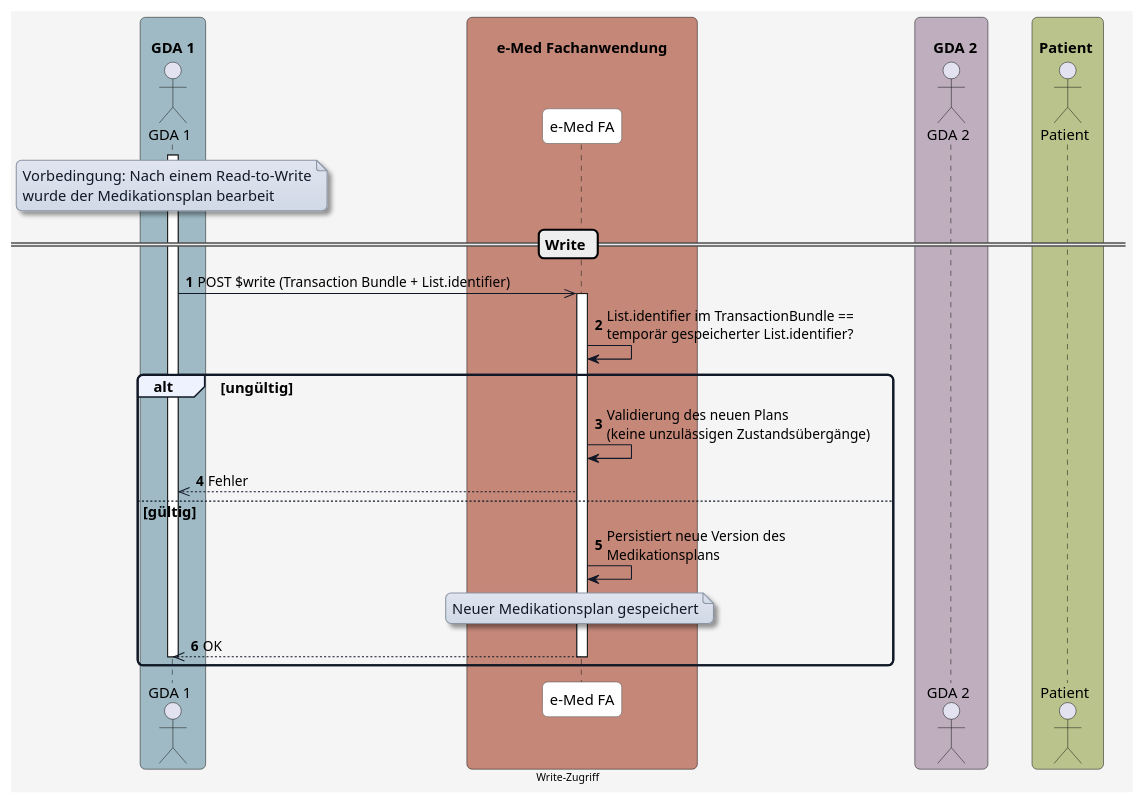
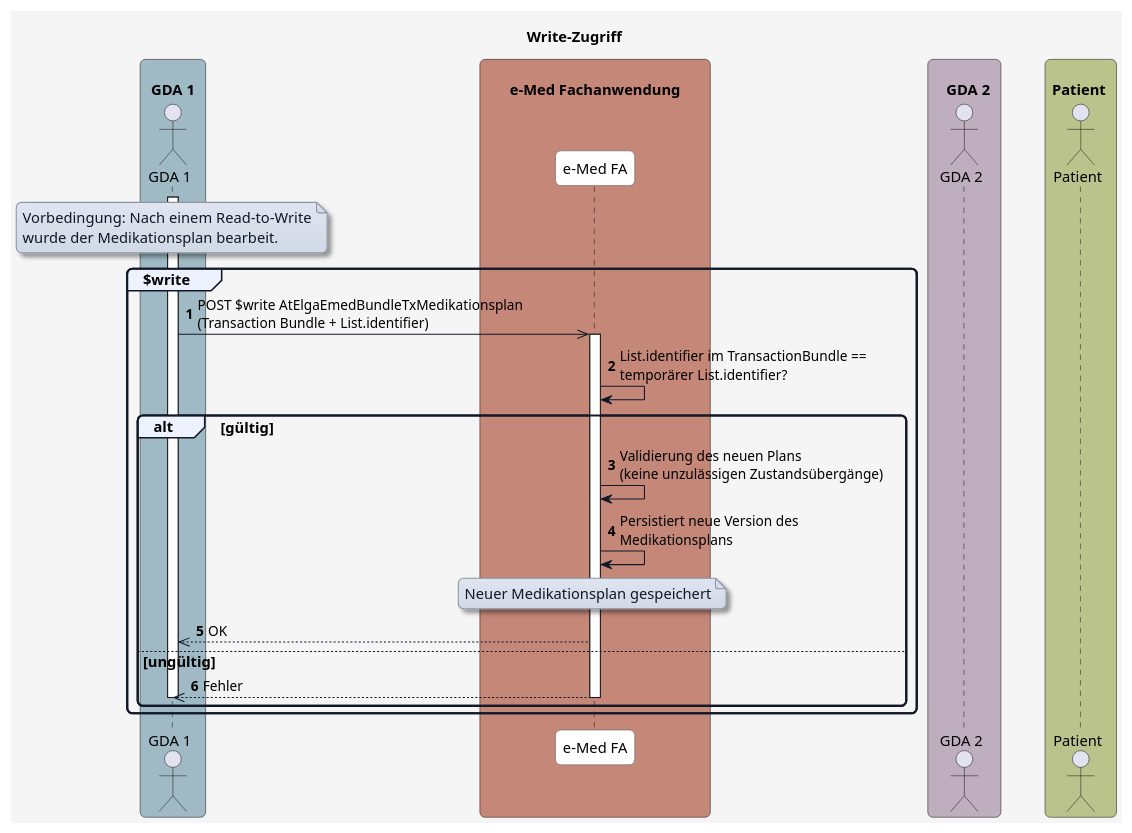
One commit to HL7Austria/ELGA-e-Medikation-R4 changed the diagram in plantuml/diagram_write.plantuml. Above: the diagram before and after it, drawn with PlantUML. The commit also changed 5 other files, not shown here.

Commit message:
Update diagram

```diff
--- a/plantuml/diagram_write.plantuml
+++ b/plantuml/diagram_write.plantuml
@@ -1,93 +1,95 @@
 @startuml
+title Write-Zugriff
 skinparam borderColor #000000
 skinparam backgroundColor #f5f5f5
 skinparam shadowing false
 skinparam roundCorner 10
 skinparam defaultFontName "Arial"
 skinparam defaultFontSize 14
 skinparam defaultFontColor #000000
 
 skinparam note {
   BackgroundColor #e0e5f0-#d1d9e6
   BorderColor #8b95a5
   BorderThickness 1
   RoundCorner 8
   Padding 6
   FontColor #111827
   Shadowing true
 }
 
 skinparam HyperlinkColor #0000EE
 skinparam HyperlinkUnderline false
 
 skinparam sequence {
   ParticipantBorderColor #555555
   ParticipantBackgroundColor #ffffff
   ParticipantFontColor #000000
   ParticipantFontSize 14
   ParticipantPadding 20
   ArrowColor #111827
   ArrowThickness 1
   ArrowFontColor #000000
   ArrowFontSize 13
   GroupBorderColor #111827
   GroupBackgroundColor #eef2ff
   GroupBorderThickness 2
 }
 
 skinparam BoxPadding 20
 skinparam BoxBorderColor #555555
 
 box "\n  GDA 1  " #9fbac4
   actor GDA_1 as "GDA 1"
 end box
 
 box "\n       e-Med Fachanwendung       " #C48778
   participant eMed_FA as "e-Med FA"
 end box
 
 box "\n    GDA 2  " #beaebe
   actor GDA_2 as "GDA 2"
 end box
 
 box "\n Patient  " #bac38b
   actor Patient as "Patient"
 end box
 
 
 autonumber
 
 activate GDA_1
 
 note over GDA_1
 Vorbedingung: Nach einem Read-to-Write
-wurde der Medikationsplan bearbeit
+wurde der Medikationsplan bearbeit.
 end note
 
-== Write ==
+group $write
 
-GDA_1 ->> eMed_FA: POST $write (Transaction Bundle + List.identifier)
+  GDA_1 ->> eMed_FA: POST $write AtElgaEmedBundleTxMedikationsplan\n(Transaction Bundle + List.identifier)
 
-activate eMed_FA
-eMed_FA -> eMed_FA: List.identifier im TransactionBundle ==\ntemporär gespeicherter List.identifier?
+  activate eMed_FA
+  eMed_FA -> eMed_FA: List.identifier im TransactionBundle ==\ntemporärer List.identifier?
 
-alt ungültig 
-  eMed_FA -> eMed_FA: Validierung des neuen Plans\n(keine unzulässigen Zustandsübergänge)
-  eMed_FA -->> GDA_1: Fehler 
-  
-else gültig 
-  eMed_FA -> eMed_FA: Persistiert neue Version des\nMedikationsplans
+  alt gültig 
+    eMed_FA -> eMed_FA: Validierung des neuen Plans\n(keine unzulässigen Zustandsübergänge)
+    eMed_FA -> eMed_FA: Persistiert neue Version des\nMedikationsplans
+    
+    note over eMed_FA
+    Neuer Medikationsplan gespeichert
+    end note
 
-  note over eMed_FA
-  Neuer Medikationsplan gespeichert
-  end note
+    eMed_FA -->> GDA_1: OK
 
-  eMed_FA -->> GDA_1: OK
-  deactivate GDA_1
-  deactivate eMed_FA
+  else ungültig 
+
+    eMed_FA -->> GDA_1: Fehler 
+
+    deactivate GDA_1
+    deactivate eMed_FA
+  end
+
 end
 
-center footer Write-Zugriff
-
-
 @enduml
```
